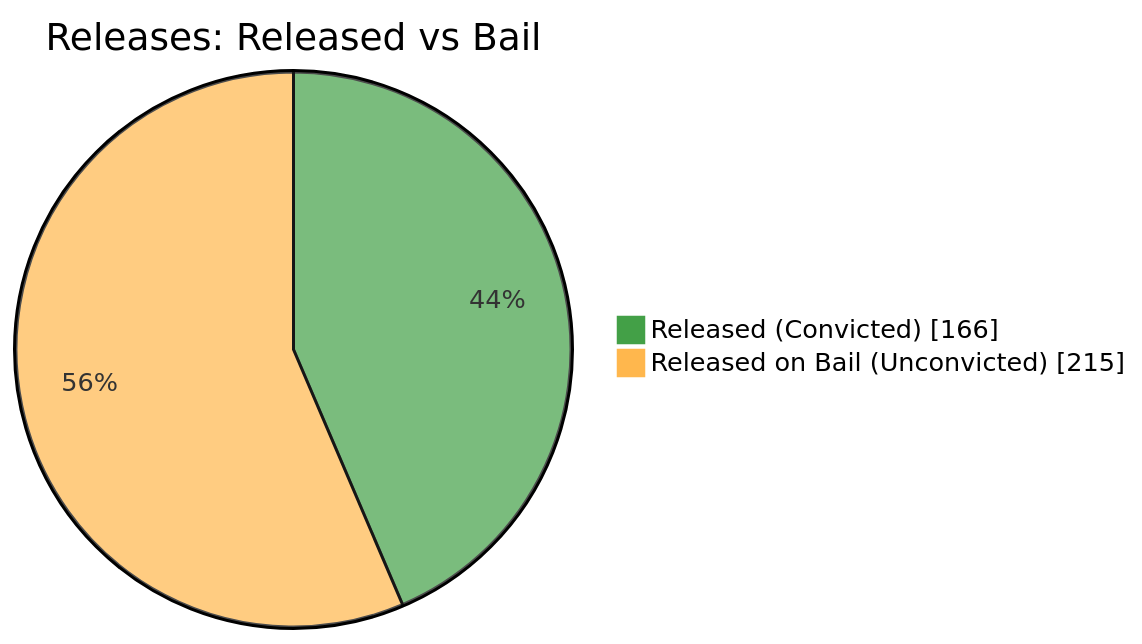
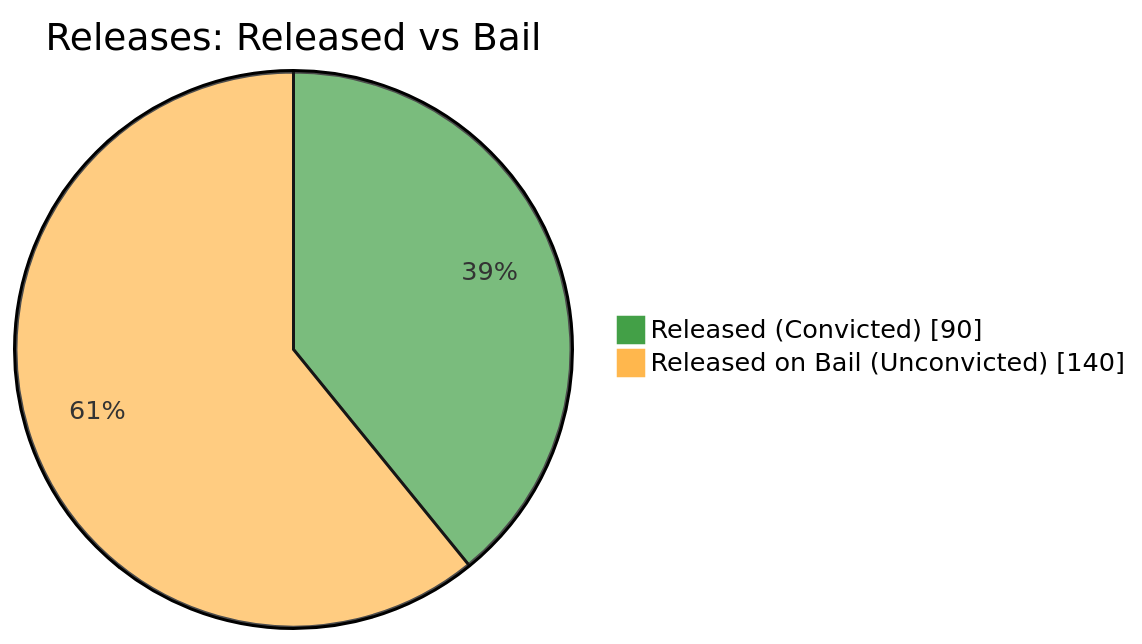
One commit to nuuuwan/lk_prisons changed the fifth of 7 diagrams in README.md. Above: the diagram before and after it, drawn with Mermaid. The commit also changed other lines of this file and 1 other file, not shown here.

````diff
--- a/README.md
+++ b/README.md
@@ -87,6 +87,6 @@
 ```mermaid
 %%{init: {'themeVariables': {'pie1': '#43A047', 'pie2': '#FFB74D'}}}%%
 pie showData title Releases: Released vs Bail
-    "Released (Convicted)" : 166
-    "Released on Bail (Unconvicted)" : 215
+    "Released (Convicted)" : 90
+    "Released on Bail (Unconvicted)" : 140
 ```
````
